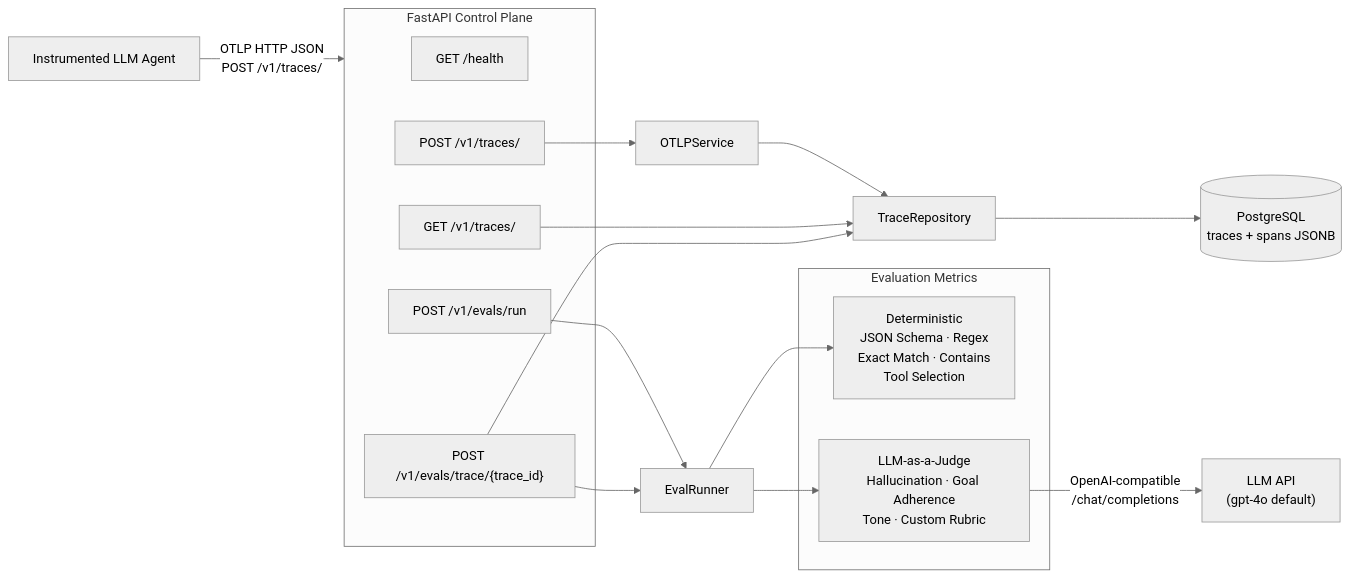
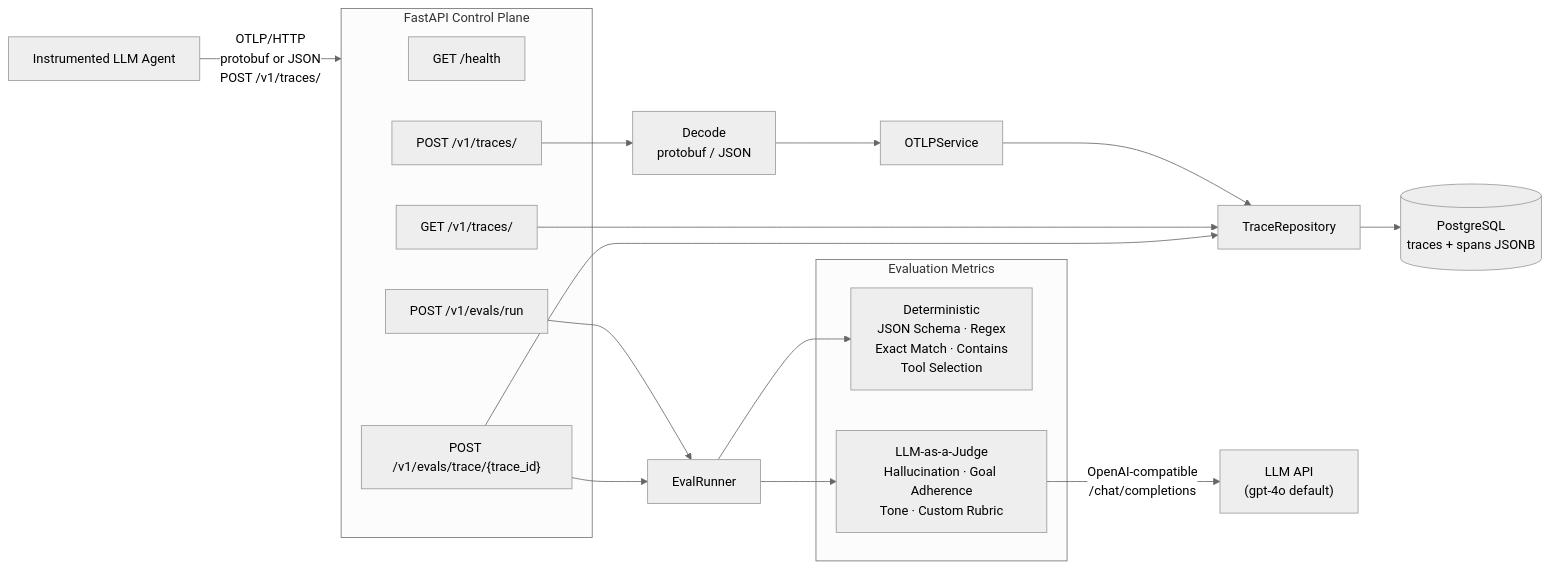
Before and after one commit to smritish-ncompass/agent-tracing-evaluation-tool: the diagram in README.md, drawn with Mermaid (neutral theme). The commit also changed other lines of this file and 8 other files, not shown here.

````diff
--- a/README.md
+++ b/README.md
@@ -38,30 +38,31 @@
 ```mermaid
 flowchart LR
-    Agent["Instrumented LLM Agent"] -->|"OTLP HTTP JSON<br/>POST /v1/traces/"| API
+    Agent["Instrumented LLM Agent"] -->|"OTLP/HTTP<br/>protobuf or JSON<br/>POST /v1/traces/"| API
 
     subgraph API["FastAPI Control Plane"]
         Health["GET /health"]
         TracesIn["POST /v1/traces/"]
         TracesList["GET /v1/traces/"]
         EvalsRun["POST /v1/evals/run"]
         EvalsTrace["POST /v1/evals/trace/{trace_id}"]
     end
 
-    TracesIn --> OTLP["OTLPService"]
+    TracesIn --> Decode["Decode<br/>protobuf / JSON"]
+    Decode --> OTLP["OTLPService"]
     OTLP --> Repo["TraceRepository"]
     TracesList --> Repo
     Repo --> PG[("PostgreSQL<br/>traces + spans JSONB")]
 
     EvalsRun --> Runner["EvalRunner"]
     EvalsTrace --> Repo
     EvalsTrace --> Runner
 
     subgraph Metrics["Evaluation Metrics"]
         Det["Deterministic<br/>JSON Schema · Regex<br/>Exact Match · Contains<br/>Tool Selection"]
         Judge["LLM-as-a-Judge<br/>Hallucination · Goal Adherence<br/>Tone · Custom Rubric"]
     end
 
     Runner --> Det
     Runner --> Judge
     Judge -->|"OpenAI-compatible<br/>/chat/completions"| LLM["LLM API<br/>(gpt-4o default)"]
 ```
````
